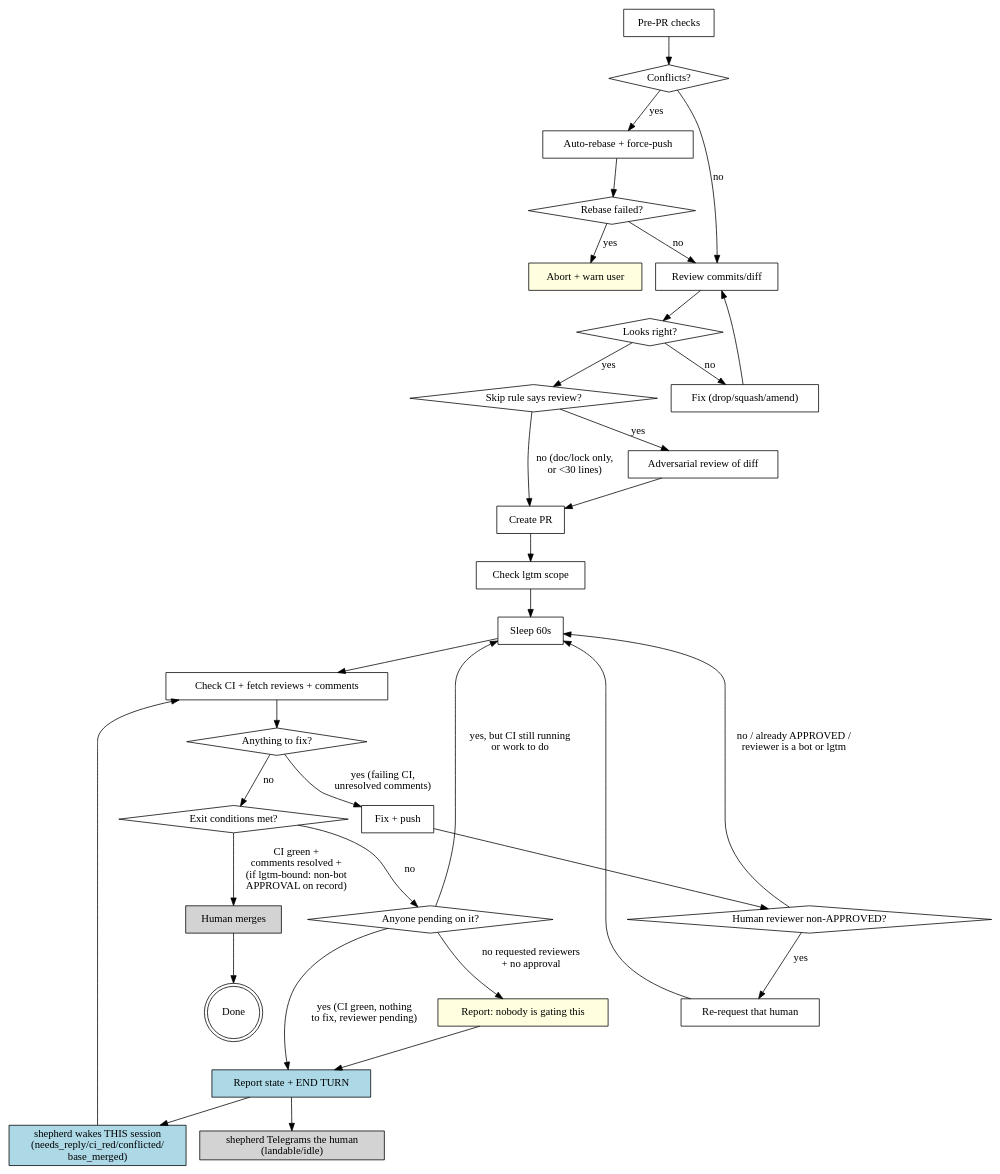
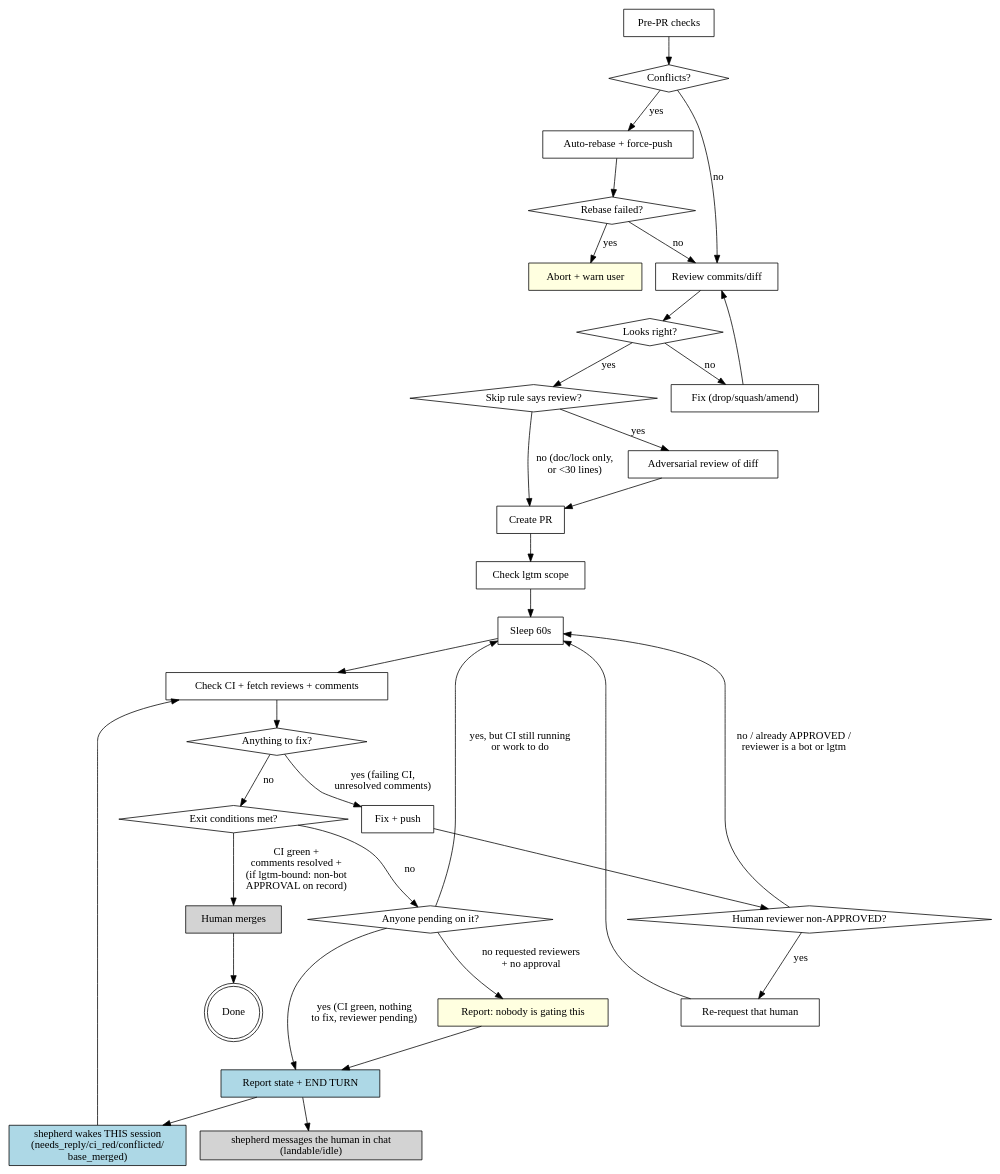
One commit to johnnymo87/workstation changed the diagram in assets/opencode/skills/shepherding-pull-requests/SKILL.md. Above: the diagram before and after it, drawn with Graphviz. The commit also changed other lines of this file and 11 other files, not shown here.

````diff
--- a/assets/opencode/skills/shepherding-pull-requests/SKILL.md
+++ b/assets/opencode/skills/shepherding-pull-requests/SKILL.md
@@ -85,65 +85,65 @@
 ```dot
 digraph pr_lifecycle {
     rankdir=TB;
     "Pre-PR checks" [shape=box];
     "Conflicts?" [shape=diamond];
     "Auto-rebase + force-push" [shape=box];
     "Rebase failed?" [shape=diamond];
     "Abort + warn user" [shape=box, style=filled, fillcolor=lightyellow];
     "Review commits/diff" [shape=box];
     "Looks right?" [shape=diamond];
     "Fix (drop/squash/amend)" [shape=box];
     "Skip rule says review?" [shape=diamond];
     "Adversarial review of diff" [shape=box];
     "Create PR" [shape=box];
     "Check lgtm scope" [shape=box];
     "Sleep 60s" [shape=box];
     "Check CI + fetch reviews + comments" [shape=box];
     "Anything to fix?" [shape=diamond];
     "Fix + push" [shape=box];
     "Human reviewer non-APPROVED?" [shape=diamond];
     "Re-request that human" [shape=box];
     "Exit conditions met?" [shape=diamond];
     "Anyone pending on it?" [shape=diamond];
     "Report: nobody is gating this" [shape=box, style=filled, fillcolor=lightyellow];
     "Report state + END TURN" [shape=box, style=filled, fillcolor=lightblue];
     "shepherd wakes THIS session\n(needs_reply/ci_red/conflicted/\nbase_merged)" [shape=box, style=filled, fillcolor=lightblue];
-    "shepherd Telegrams the human\n(landable/idle)" [shape=box, style=filled, fillcolor=lightgrey];
+    "shepherd messages the human in chat\n(landable/idle)" [shape=box, style=filled, fillcolor=lightgrey];
     "Human merges" [shape=box, style=filled, fillcolor=lightgrey];
     "Done" [shape=doublecircle];
 
     "Pre-PR checks" -> "Conflicts?";
     "Conflicts?" -> "Review commits/diff" [label="no"];
     "Conflicts?" -> "Auto-rebase + force-push" [label="yes"];
     "Auto-rebase + force-push" -> "Rebase failed?";
     "Rebase failed?" -> "Review commits/diff" [label="no"];
     "Rebase failed?" -> "Abort + warn user" [label="yes"];
     "Review commits/diff" -> "Looks right?";
     "Looks right?" -> "Skip rule says review?" [label="yes"];
     "Looks right?" -> "Fix (drop/squash/amend)" [label="no"];
     "Fix (drop/squash/amend)" -> "Review commits/diff";
     "Skip rule says review?" -> "Adversarial review of diff" [label="yes"];
     "Skip rule says review?" -> "Create PR" [label="no (doc/lock only,\nor <30 lines)"];
     "Adversarial review of diff" -> "Create PR";
     "Create PR" -> "Check lgtm scope";
     "Check lgtm scope" -> "Sleep 60s";
     "Sleep 60s" -> "Check CI + fetch reviews + comments";
     "Check CI + fetch reviews + comments" -> "Anything to fix?";
     "Anything to fix?" -> "Fix + push" [label="yes (failing CI,\nunresolved comments)"];
     "Anything to fix?" -> "Exit conditions met?" [label="no"];
     "Fix + push" -> "Human reviewer non-APPROVED?";
     "Human reviewer non-APPROVED?" -> "Re-request that human" [label="yes"];
     "Human reviewer non-APPROVED?" -> "Sleep 60s" [label="no / already APPROVED /\nreviewer is a bot or lgtm"];
     "Re-request that human" -> "Sleep 60s";
     "Exit conditions met?" -> "Human merges" [label="CI green +\ncomments resolved +\n(if lgtm-bound: non-bot\nAPPROVAL on record)"];
     "Human merges" -> "Done";
     "Exit conditions met?" -> "Anyone pending on it?" [label="no"];
     "Anyone pending on it?" -> "Report: nobody is gating this" [label="no requested reviewers\n+ no approval"];
     "Report: nobody is gating this" -> "Report state + END TURN";
     "Anyone pending on it?" -> "Sleep 60s" [label="yes, but CI still running\nor work to do"];
     "Anyone pending on it?" -> "Report state + END TURN" [label="yes (CI green, nothing\nto fix, reviewer pending)"];
     "Report state + END TURN" -> "shepherd wakes THIS session\n(needs_reply/ci_red/conflicted/\nbase_merged)";
-    "Report state + END TURN" -> "shepherd Telegrams the human\n(landable/idle)";
+    "Report state + END TURN" -> "shepherd messages the human in chat\n(landable/idle)";
     "shepherd wakes THIS session\n(needs_reply/ci_red/conflicted/\nbase_merged)" -> "Check CI + fetch reviews + comments";
 }
 ```
````
